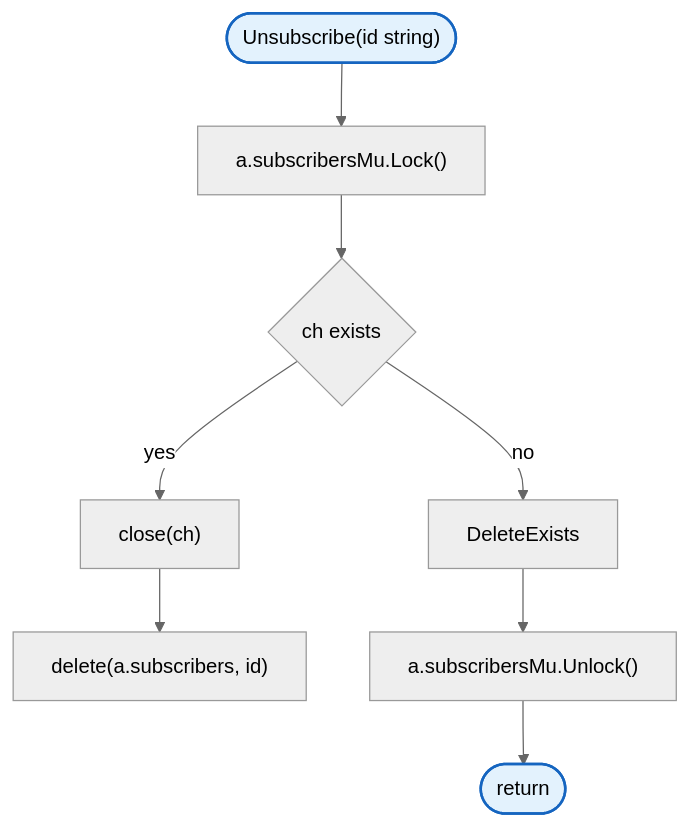
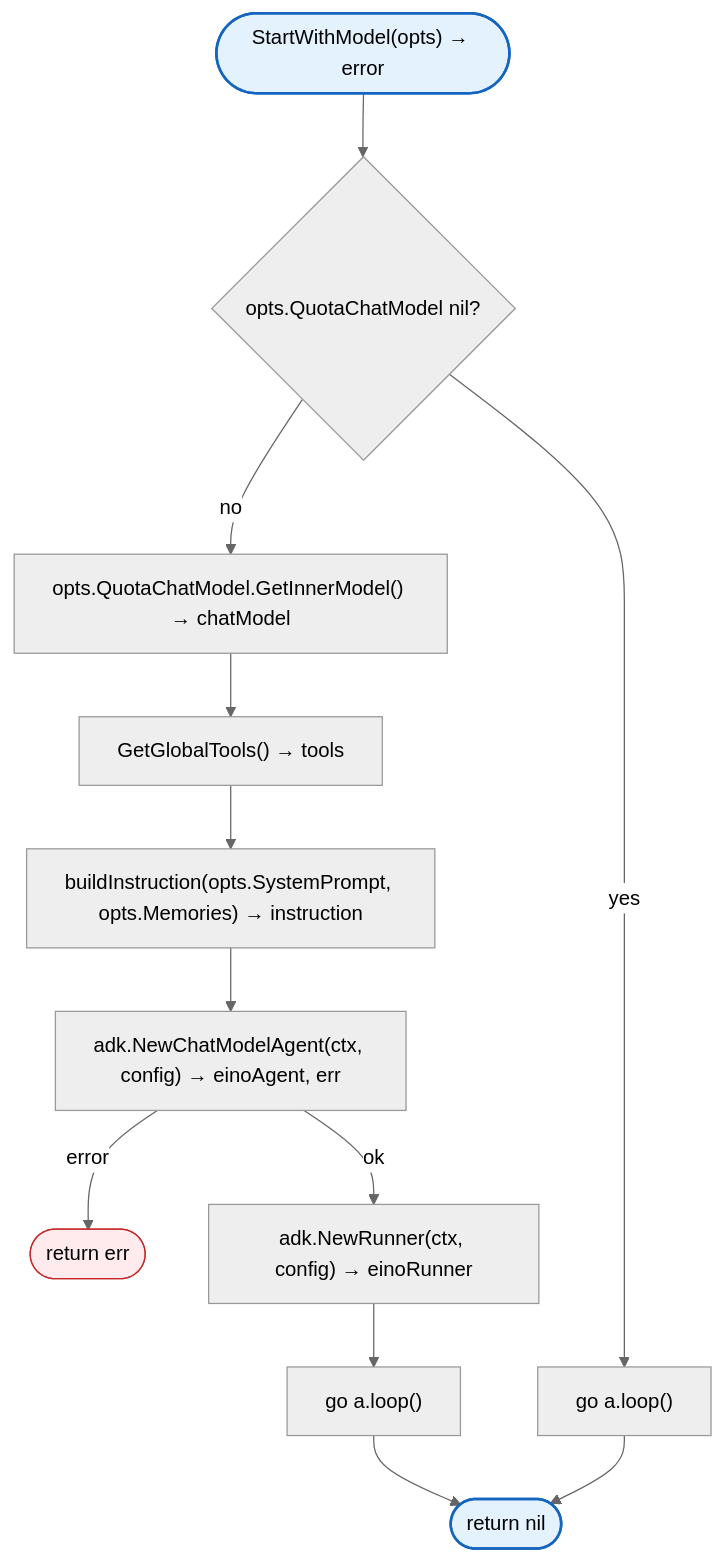
One commit to radch-ai/ava changed the third of 7 diagrams in docs/internal/agent/README.md. Above: the diagram before and after it, drawn with Mermaid (neutral theme). The commit also changed other lines of this file and 38 other files, not shown here.

````diff
--- a/docs/internal/agent/README.md
+++ b/docs/internal/agent/README.md
@@ -97,14 +91,20 @@
 ```mermaid
 flowchart TB
-    Start(["Unsubscribe(id string)"]) --> Lock["a.subscribersMu.Lock()"]
-    Lock --> CheckExists{ch exists}
-    CheckExists -->|yes| CloseCh["close(ch)"]
-    CloseCh --> DeleteMap["delete(a.subscribers, id)"]
-    DeleteExists --> Unlock["a.subscribersMu.Unlock()"]
-    CheckExists -->|no| DeleteExists
-    Unlock --> Return(["return"])
+    Start(["StartWithModel(opts) → error"]) --> CheckModel{opts.QuotaChatModel nil?}
+    CheckModel -->|yes| GoLoopNoModel["go a.loop()"]
+    CheckModel -->|no| GetInner["opts.QuotaChatModel.GetInnerModel() → chatModel"]
+    GetInner --> GetTools["GetGlobalTools() → tools"]
+    GetTools --> BuildInstr["buildInstruction(opts.SystemPrompt, opts.Memories) → instruction"]
+    BuildInstr --> NewAgent["adk.NewChatModelAgent(ctx, config) → einoAgent, err"]
+    NewAgent -->|error| ReturnErr(["return err"])
+    NewAgent -->|ok| NewRunner["adk.NewRunner(ctx, config) → einoRunner"]
+    NewRunner --> GoLoop["go a.loop()"]
+    GoLoop --> ReturnOk(["return nil"])
+    GoLoopNoModel --> ReturnOk
 
     classDef mainFn fill:#e3f2fd,stroke:#1565c0,stroke-width:2px
+    classDef errorFlow fill:#ffebee,stroke:#c62828,stroke-width:1px
 
-    class Start,Return mainFn
+    class Start,ReturnOk mainFn
+    class ReturnErr errorFlow
 ```
````
